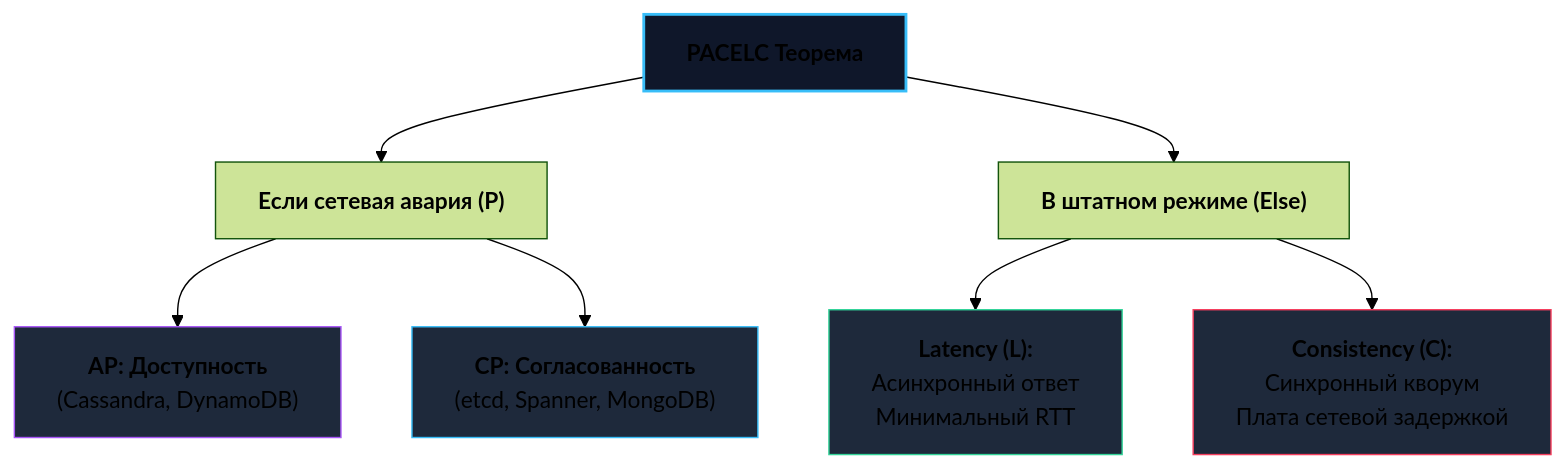
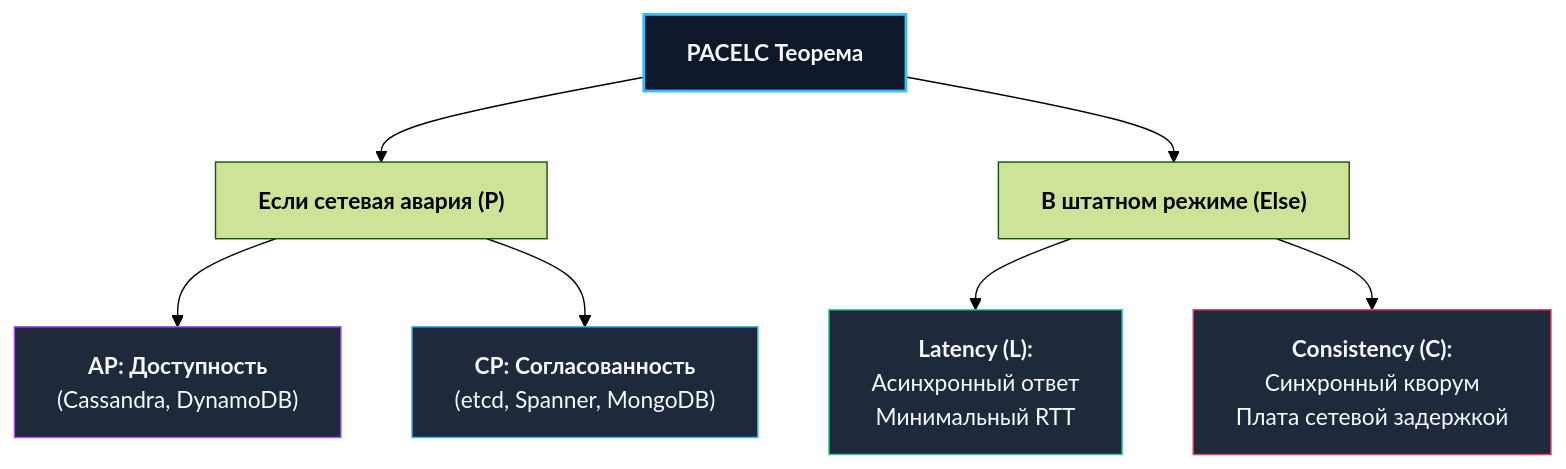
Before and after one commit to UnrealTemplier/go-textbook: the third of 3 diagrams in sources/12. Базы данных/08. Распределенные базы данных/7. CAP теорема.md, drawn with Mermaid (forest theme). The commit also changed other lines of this file and 310 other files, not shown here.

First line of the commit message:
fix(mermaid): replace light fill colors with dark palette for readability on dark theme

````diff
--- a/sources/12. Базы данных/08. Распределенные базы данных/7. CAP теорема.md
+++ b/sources/12. Базы данных/08. Распределенные базы данных/7. CAP теорема.md
@@ -108,18 +108,18 @@
 ```mermaid
 flowchart TD
     PACELC["<b>PACELC Теорема</b>"]
     
     PACELC --> P["<b>Если сетевая авария (P)</b>"]
     P --> PA["<b>AP: Доступность</b><br>(Cassandra, DynamoDB)"]
     P --> PC["<b>CP: Согласованность</b><br>(etcd, Spanner, MongoDB)"]
 
     PACELC --> E["<b>В штатном режиме (Else)</b>"]
     E --> EL["<b>Latency (L):</b><br>Асинхронный ответ<br>Минимальный RTT"]
     E --> EC["<b>Consistency (C):</b><br>Синхронный кворум<br>Плата сетевой задержкой"]
 
-    style PACELC fill:#0f172a,stroke:#38bdf8,stroke-width:2px
-    style PA fill:#1e293b,stroke:#a855f7,stroke-width:1px
-    style PC fill:#1e293b,stroke:#38bdf8,stroke-width:1px
-    style EL fill:#1e293b,stroke:#34d399,stroke-width:1px
-    style EC fill:#1e293b,stroke:#f43f5e,stroke-width:1px
+    style PACELC fill:#0f172a,stroke:#38bdf8,stroke-width:2px,color:#f8fafc
+    style PA fill:#1e293b,stroke:#a855f7,stroke-width:1px,color:#f8fafc
+    style PC fill:#1e293b,stroke:#38bdf8,stroke-width:1px,color:#f8fafc
+    style EL fill:#1e293b,stroke:#34d399,stroke-width:1px,color:#f8fafc
+    style EC fill:#1e293b,stroke:#f43f5e,stroke-width:1px,color:#f8fafc
 ```
````
